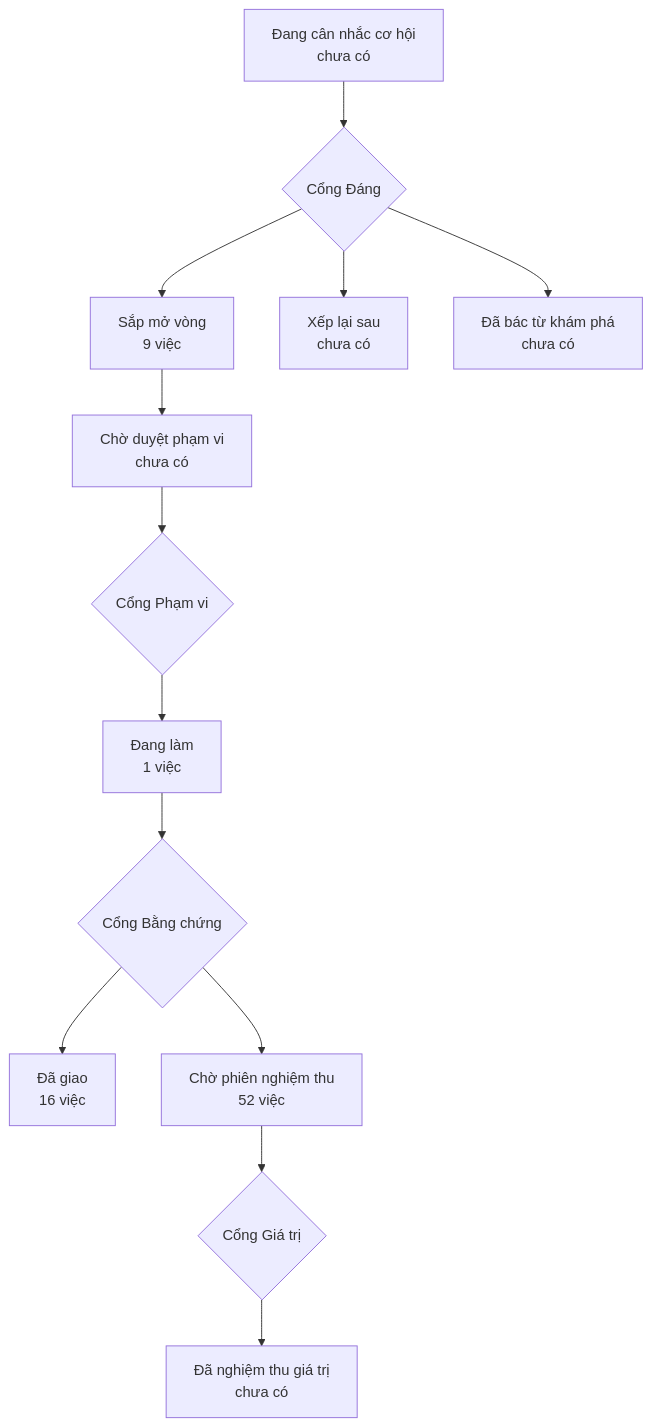
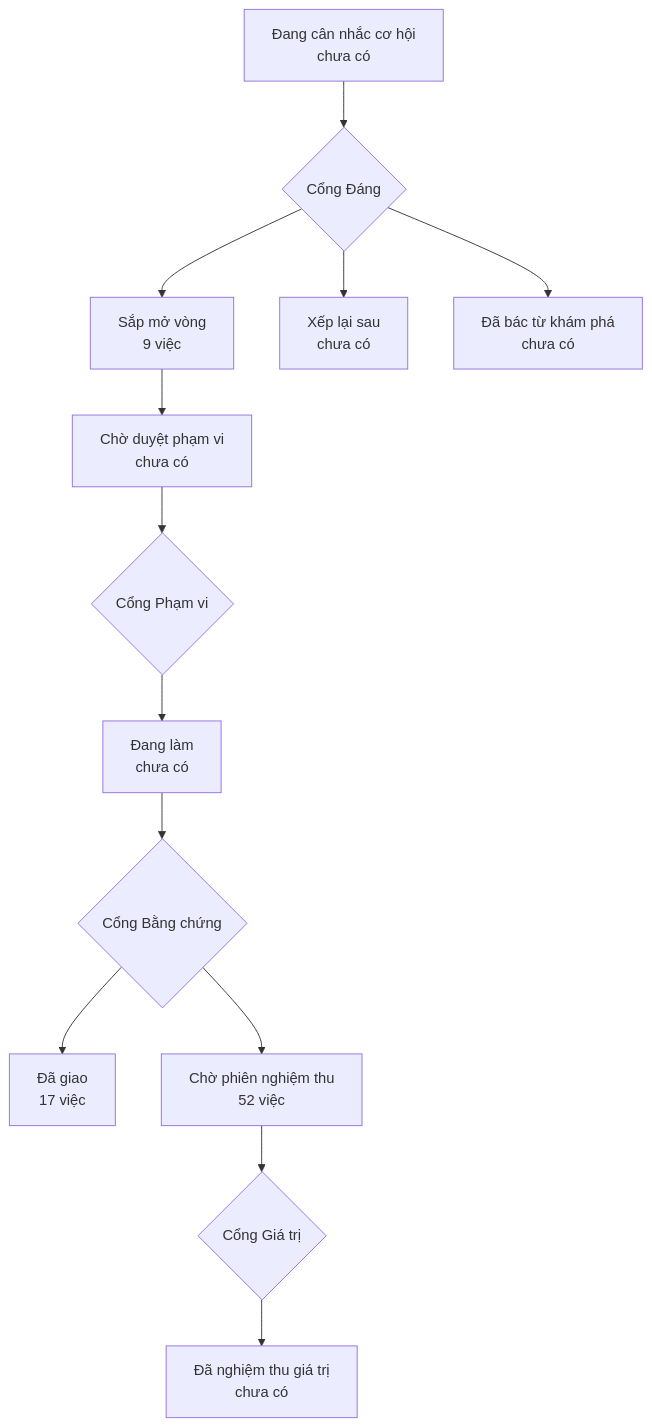
The diagram in PRODUCT-MAP.md (phanlemanh/onehub-inventory), drawn with Mermaid before and after one commit. The commit also changed other lines of this file and 4 other files, not shown here.

````diff
--- a/PRODUCT-MAP.md
+++ b/PRODUCT-MAP.md
@@ -7,12 +7,12 @@
 ```mermaid
 flowchart TD
   A["Đang cân nhắc cơ hội<br/>chưa có"] --> GD{"Cổng Đáng"}
   GD --> B["Sắp mở vòng<br/>9 việc"]
   GD --> XL["Xếp lại sau<br/>chưa có"]
   GD --> DB["Đã bác từ khám phá<br/>chưa có"]
   B --> CD["Chờ duyệt phạm vi<br/>chưa có"] --> GP{"Cổng Phạm vi"}
-  GP --> DL["Đang làm<br/>1 việc"] --> GB{"Cổng Bằng chứng"}
-  GB --> DG["Đã giao<br/>16 việc"]
+  GP --> DL["Đang làm<br/>chưa có"] --> GB{"Cổng Bằng chứng"}
+  GB --> DG["Đã giao<br/>17 việc"]
   GB --> CN["Chờ phiên nghiệm thu<br/>52 việc"] --> GG{"Cổng Giá trị"}
   GG --> NT["Đã nghiệm thu giá trị<br/>chưa có"]
 ```
````
